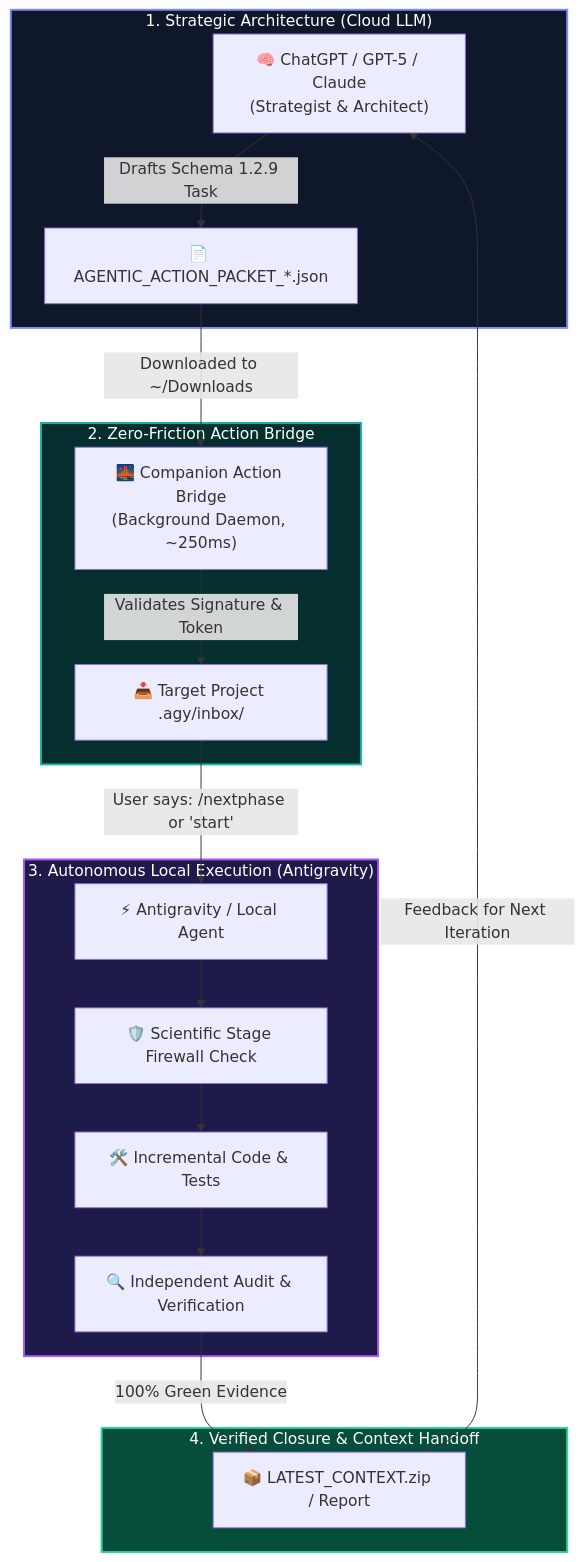
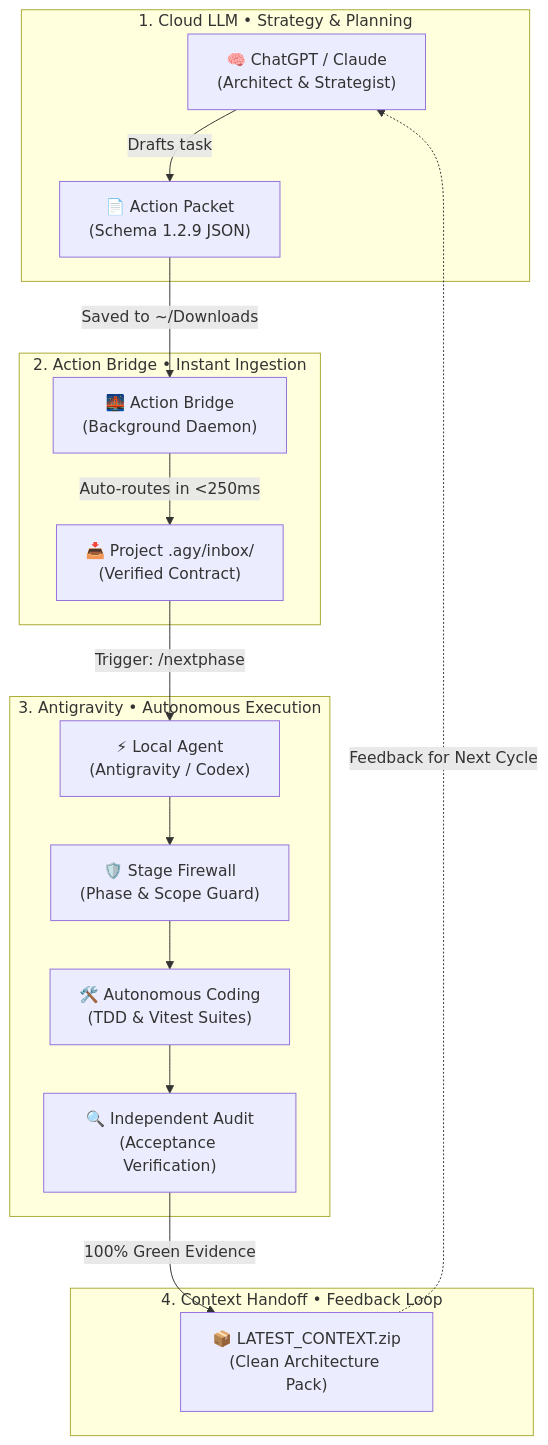
One commit to 0xAgentive/agentic-pipeline changed the diagram in README.md. Above: the diagram before and after it, drawn with Mermaid. The commit also changed other lines of this file and 4 other files, not shown here.

Commit message:
docs(diagrams): fix Mermaid text clipping artifacts and add crisp ASCII lifecycle card

````diff
--- a/README.md
+++ b/README.md
@@ -78,28 +58,31 @@
 ```mermaid
 flowchart TD
-    subgraph Strat["1. Strategic Architecture (Cloud LLM)"]
-        A["🧠 ChatGPT / GPT-5 / Claude<br/>(Strategist & Architect)"] -->|"Drafts Schema 1.2.9 Task"| B["📄 AGENTIC_ACTION_PACKET_*.json"]
+    subgraph S1["1. Cloud LLM • Strategy & Planning"]
+        A["🧠 ChatGPT / Claude<br/>(Architect &amp; Strategist)"]
+        B["📄 Action Packet<br/>(Schema 1.2.9 JSON)"]
+        A -->|"Drafts task"| B
     end
 
-    subgraph Bridge["2. Zero-Friction Action Bridge"]
-        B -->|"Downloaded to ~/Downloads"| C["🌉 Companion Action Bridge<br/>(Background Daemon, ~250ms)"]
-        C -->|"Validates Signature & Token"| D["📥 Target Project .agy/inbox/"]
+    subgraph S2["2. Action Bridge • Instant Ingestion"]
+        C["🌉 Action Bridge<br/>(Background Daemon)"]
+        D["📥 Project .agy/inbox/<br/>(Verified Contract)"]
+        C -->|"Auto-routes in &lt;250ms"| D
     end
 
-    subgraph Exec["3. Autonomous Local Execution (Antigravity)"]
-        D -->|"User says: /nextphase or 'start'"| E["⚡ Antigravity / Local Agent"]
-        E --> F["🛡️ Scientific Stage Firewall Check"]
-        F --> G["🛠️ Incremental Code & Tests"]
-        G --> H["🔍 Independent Audit & Verification"]
+    subgraph S3["3. Antigravity • Autonomous Execution"]
+        E["⚡ Local Agent<br/>(Antigravity / Codex)"]
+        F["🛡️ Stage Firewall<br/>(Phase &amp; Scope Guard)"]
+        G["🛠️ Autonomous Coding<br/>(TDD &amp; Vitest Suites)"]
+        H["🔍 Independent Audit<br/>(Acceptance Verification)"]
+        E --> F --> G --> H
     end
 
-    subgraph Handoff["4. Verified Closure & Context Handoff"]
-        H -->|"100% Green Evidence"| I["📦 LATEST_CONTEXT.zip / Report"]
-        I -->|"Feedback for Next Iteration"| A
+    subgraph S4["4. Context Handoff • Feedback Loop"]
+        I["📦 LATEST_CONTEXT.zip<br/>(Clean Architecture Pack)"]
     end
 
-    style Strat fill:#0f172a,stroke:#818cf8,stroke-width:2px,color:#fff
-    style Bridge fill:#042f2e,stroke:#14b8a6,stroke-width:2px,color:#fff
-    style Exec fill:#1e1b4b,stroke:#a855f7,stroke-width:2px,color:#fff
-    style Handoff fill:#064e3b,stroke:#34d399,stroke-width:2px,color:#fff
+    B -->|"Saved to ~/Downloads"| C
+    D -->|"Trigger: /nextphase"| E
+    H -->|"100% Green Evidence"| I
+    I -.->|"Feedback for Next Cycle"| A
 ```
````
